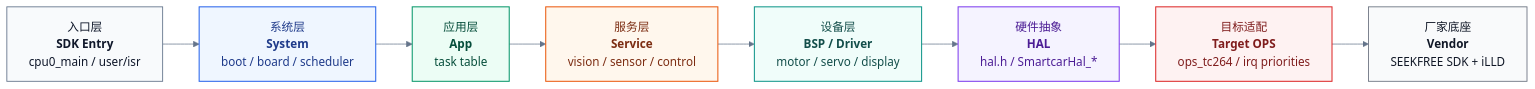
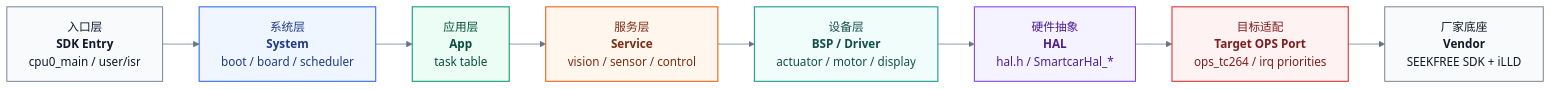
Before and after one commit to ParacosmYy/GS_Smart_car: the first of 2 diagrams in README.md, drawn with Mermaid. The commit also changed other lines of this file and 6 other files, not shown here.

````diff
--- a/README.md
+++ b/README.md
@@ -14,32 +14,32 @@
 ```mermaid
 %%{init: {"theme": "base", "themeVariables": {"fontFamily": "Inter, Microsoft YaHei, Arial", "primaryBorderColor": "#CBD5E1", "lineColor": "#64748B", "tertiaryColor": "#F8FAFC"}}}%%
 flowchart LR
     ENTRY["入口层<br/><b>SDK Entry</b><br/>cpu0_main / user/isr"]
     SYSTEM["系统层<br/><b>System</b><br/>boot / board / scheduler"]
     APP["应用层<br/><b>App</b><br/>task table"]
     SERVICE["服务层<br/><b>Service</b><br/>vision / sensor / control"]
-    BSP["设备层<br/><b>BSP / Driver</b><br/>motor / servo / display"]
+    BSP["设备层<br/><b>BSP / Driver</b><br/>actuator / motor / display"]
     HAL["硬件抽象<br/><b>HAL</b><br/>hal.h / SmartcarHal_*"]
-    TARGET["目标适配<br/><b>Target OPS</b><br/>ops_tc264 / irq priorities"]
+    TARGET["目标适配<br/><b>Target OPS Port</b><br/>ops_tc264 / irq priorities"]
     VENDOR["厂家底座<br/><b>Vendor</b><br/>SEEKFREE SDK + iLLD"]
 
     ENTRY --> SYSTEM --> APP --> SERVICE --> BSP --> HAL --> TARGET --> VENDOR
 
     classDef entry fill:#F8FAFC,stroke:#64748B,color:#0F172A,stroke-width:1.2px;
     classDef system fill:#EFF6FF,stroke:#2563EB,color:#1E3A8A,stroke-width:1.4px;
     classDef app fill:#ECFDF5,stroke:#059669,color:#064E3B,stroke-width:1.4px;
     classDef service fill:#FFF7ED,stroke:#EA580C,color:#7C2D12,stroke-width:1.4px;
     classDef bsp fill:#F0FDFA,stroke:#0D9488,color:#134E4A,stroke-width:1.4px;
     classDef hal fill:#F5F3FF,stroke:#7C3AED,color:#4C1D95,stroke-width:1.4px;
     classDef target fill:#FEF2F2,stroke:#DC2626,color:#7F1D1D,stroke-width:1.4px;
     classDef vendor fill:#F9FAFB,stroke:#6B7280,color:#111827,stroke-width:1.2px;
 
     class ENTRY entry
     class SYSTEM system
     class APP app
     class SERVICE service
     class BSP bsp
     class HAL hal
     class TARGET target
     class VENDOR vendor
 ```
````
